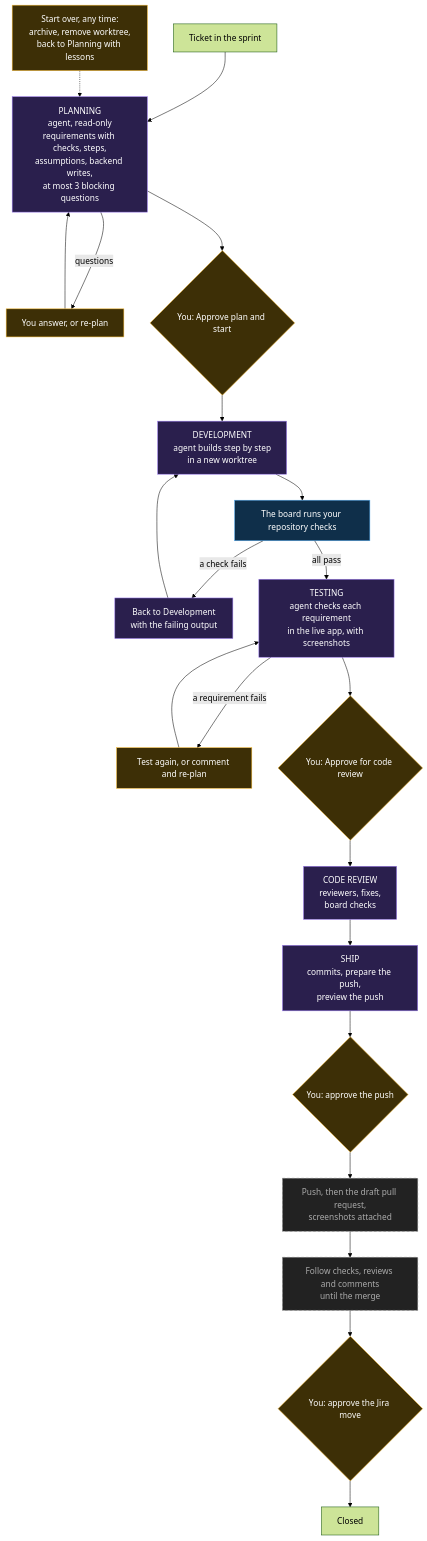
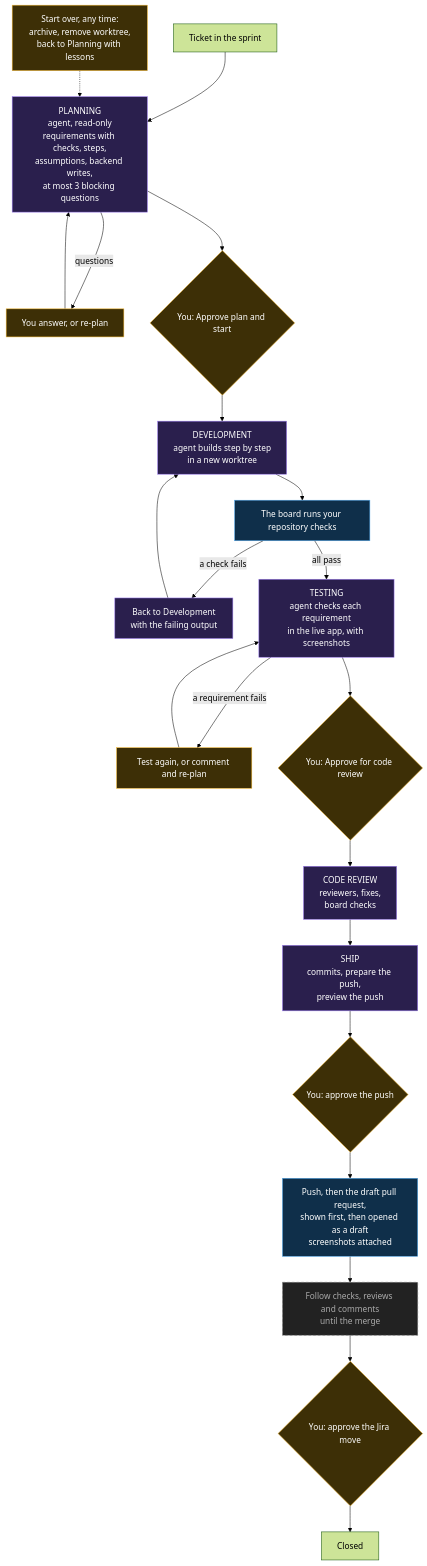
The third of 8 diagrams in FLOW.md (justindmyers/agent-ticket-board), drawn with Mermaid (forest theme) before and after one commit. The commit also changed other lines of this file and 34 other files, not shown here.

Commit message:
feat(pr): create and update the draft pull request, and show one card for it

````diff
--- a/FLOW.md
+++ b/FLOW.md
@@ -83,35 +83,35 @@
 ```mermaid
 flowchart TD
   START["Ticket in the sprint"] --> PLAN
 
   PLAN["PLANNING<br/>agent, read-only<br/>requirements with checks, steps,<br/>assumptions, backend writes,<br/>at most 3 blocking questions"]:::agent
   PLAN -->|"questions"| ANSWER["You answer, or re-plan"]:::human
   ANSWER --> PLAN
   PLAN --> G1{"You: Approve plan and start"}:::human
 
   G1 --> DEV["DEVELOPMENT<br/>agent builds step by step<br/>in a new worktree"]:::agent
   DEV --> DEVCHK["The board runs your repository checks"]:::board
   DEVCHK -->|"a check fails"| DEVFIX["Back to Development<br/>with the failing output"]:::agent
   DEVFIX --> DEV
   DEVCHK -->|"all pass"| TEST
 
   TEST["TESTING<br/>agent checks each requirement<br/>in the live app, with screenshots"]:::agent
   TEST -->|"a requirement fails"| TESTAGAIN["Test again, or comment and re-plan"]:::human
   TESTAGAIN --> TEST
   TEST --> G2{"You: Approve for code review"}:::human
 
   G2 --> REVIEW["CODE REVIEW<br/>reviewers, fixes,<br/>board checks"]:::agent
   REVIEW --> SHIP["SHIP<br/>commits, prepare the push,<br/>preview the push"]:::agent
   SHIP --> G3{"You: approve the push"}:::human
-  G3 --> PR["Push, then the draft pull request,<br/>screenshots attached"]:::planned
+  G3 --> PR["Push, then the draft pull request,<br/>shown first, then opened as a draft<br/>screenshots attached"]:::board
   PR --> FOLLOW["Follow checks, reviews and comments<br/>until the merge"]:::planned
   FOLLOW --> JIRAMOVE{"You: approve the Jira move"}:::human
   JIRAMOVE --> DONE["Closed"]
 
   RESTART["Start over, any time:<br/>archive, remove worktree,<br/>back to Planning with lessons"]:::human -.-> PLAN
 
   classDef human fill:#3d2f06,stroke:#f5b82e,color:#fff
   classDef agent fill:#2a1f4d,stroke:#9b7bf0,color:#fff
   classDef board fill:#0f2f4a,stroke:#4aa3e8,color:#fff
   classDef planned fill:#222,stroke:#777,stroke-dasharray:5 4,color:#aaa
 ```
````
